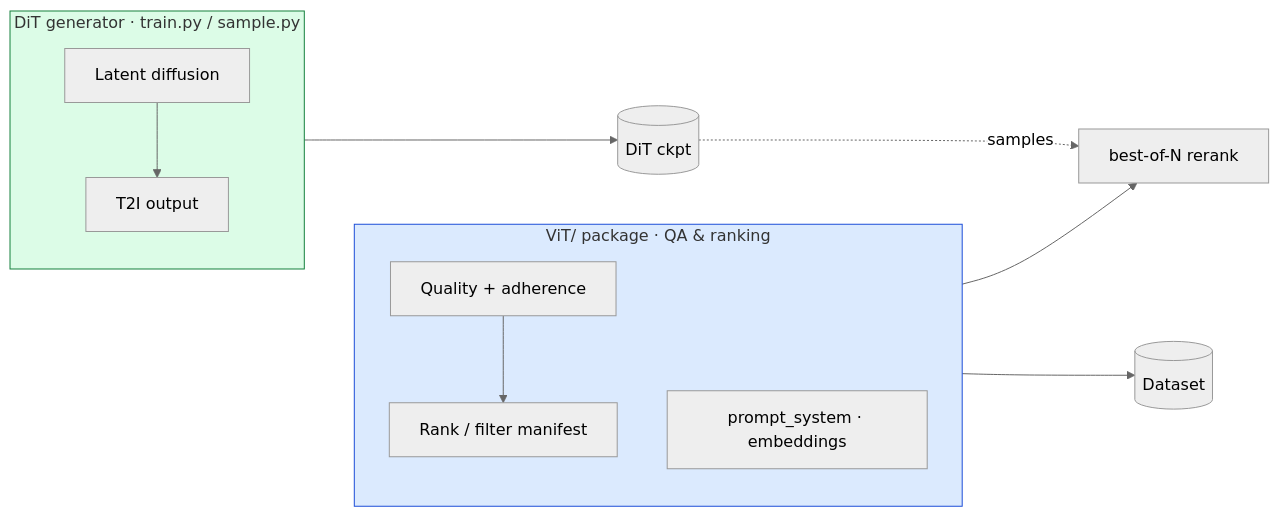
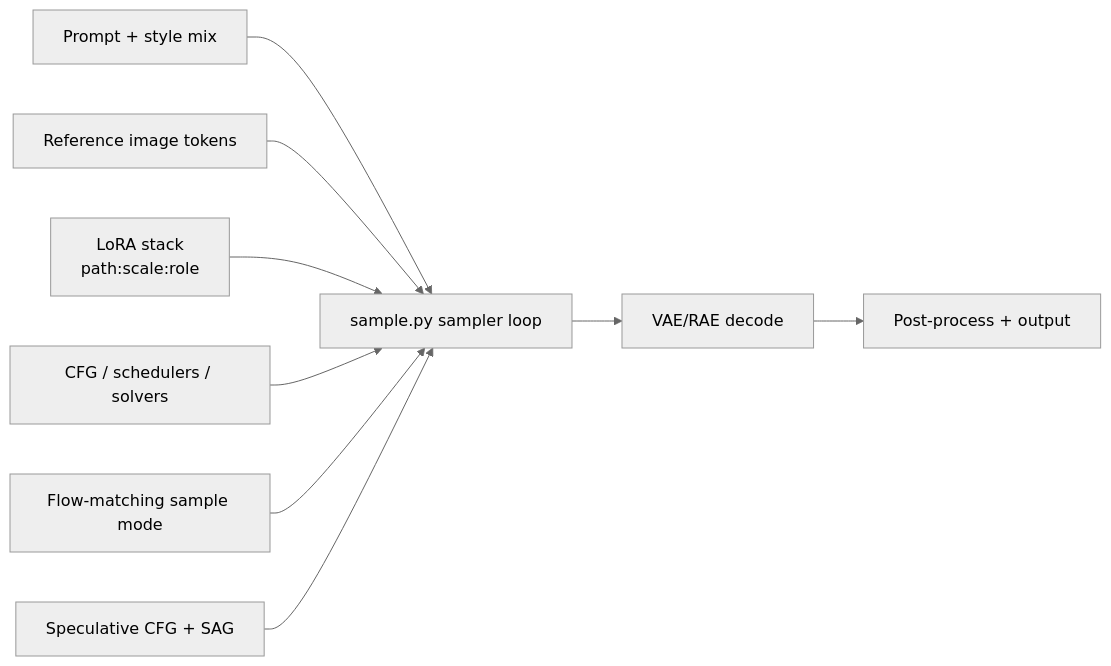
The third of 3 diagrams in README.md (Llunarstack/sdx), drawn with Mermaid before and after one commit. The commit also changed other lines of this file and 1 other file, not shown here.

First line of the commit message:
docs(readme): rewrite README and align architecture docs

````diff
--- a/README.md
+++ b/README.md
@@ -416,24 +98,13 @@
 ```mermaid
 %%{init: {'theme':'neutral'}}%%
 flowchart LR
-  subgraph GEN["DiT generator · train.py / sample.py"]
-    G1[Latent diffusion] --> G2[T2I output]
-  end
+    P[Prompt + style mix] --> S[sample.py sampler loop]
+    R[Reference image tokens] --> S
+    L[LoRA stack<br/>path:scale:role] --> S
+    S --> X[VAE/RAE decode]
+    X --> Y[Post-process + output]
 
-  subgraph VIT["ViT/ package · QA & ranking"]
-    V1[Quality + adherence] --> V2[Rank / filter manifest]
-    V3[prompt_system · embeddings]
-  end
-
-  CKPT[(DiT ckpt)]
-  DATA[(Dataset)]
-  PICK[best-of-N rerank]
-
-  GEN --> CKPT
-  VIT --> DATA
-  VIT --> PICK
-  CKPT -.->|samples| PICK
-
-  style GEN fill:#dcfce7,stroke:#15803d
-  style VIT fill:#dbeafe,stroke:#1d4ed8
+    S1[CFG / schedulers / solvers] --> S
+    S2[Flow-matching sample mode] --> S
+    S3[Speculative CFG + SAG] --> S
 ```
````
